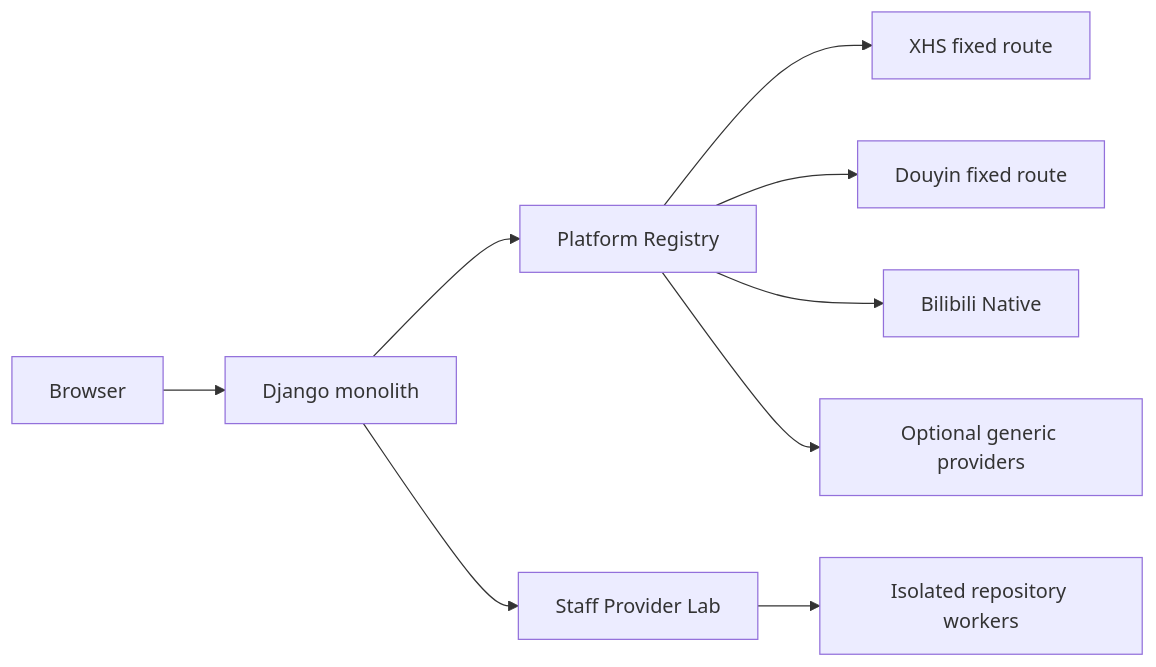
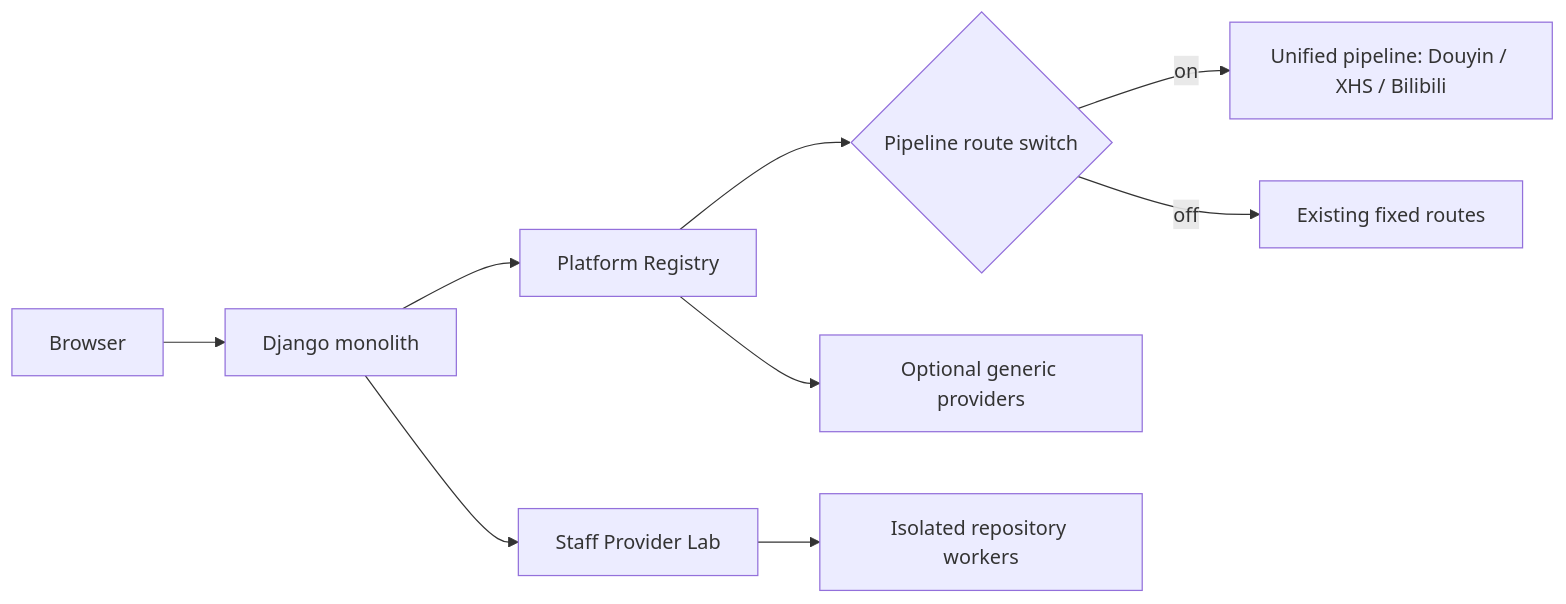
The first of 5 diagrams in docs/architecture.md (Daiobs/AnimeImages), drawn with Mermaid before and after one commit. The commit also changed other lines of this file and 3 other files, not shown here.

First line of the commit message:
docs: sync README, CHANGELOG, version status and architecture with step 3 (#169)

````diff
--- a/docs/architecture.md
+++ b/docs/architecture.md
@@ -11,11 +11,11 @@
 ```mermaid
 flowchart LR
     U[Browser] --> D[Django monolith]
     D --> R[Platform Registry]
-    R --> X[XHS fixed route]
-    R --> Y[Douyin fixed route]
-    R --> B[Bilibili Native]
+    R --> S{Pipeline route switch}
+    S -->|on| P[Unified pipeline: Douyin / XHS / Bilibili]
+    S -->|off| X[Existing fixed routes]
     R --> G[Optional generic providers]
     D --> L[Staff Provider Lab]
     L --> W[Isolated repository workers]
 ```
````
